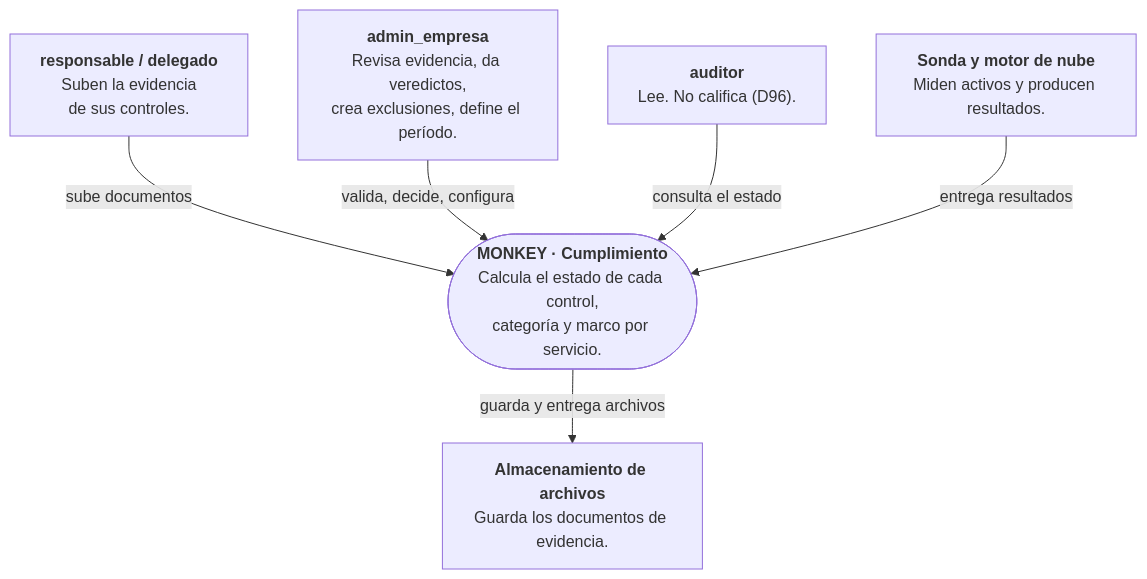
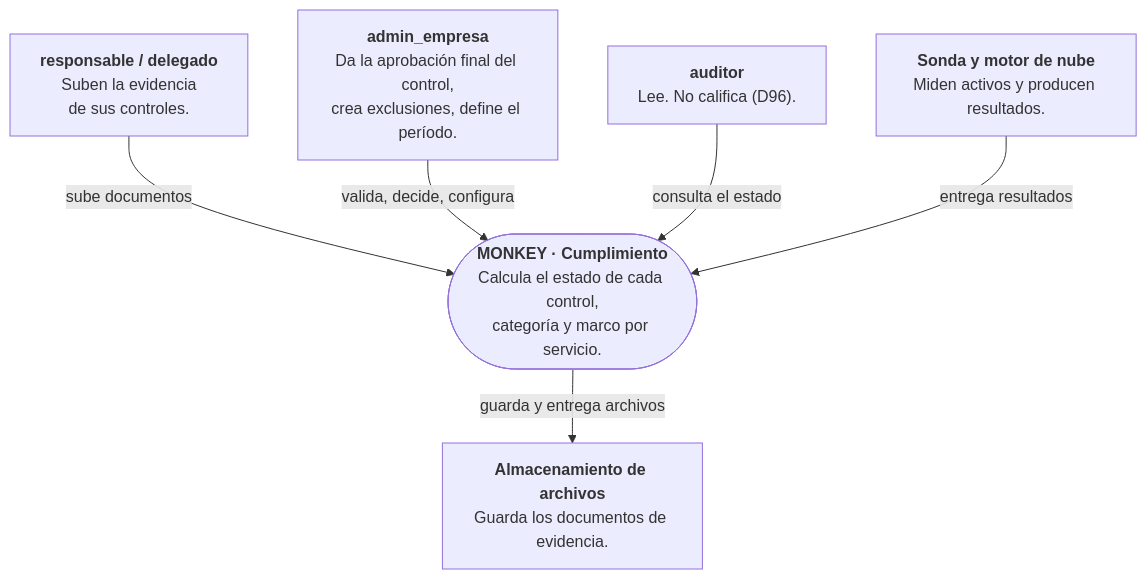
One commit to Monkey-GRC/Monkey-Brain-IA changed the first of 4 diagrams in skills/product/monkey-compliance-council/references/arquitectura/cumplimiento/01-c4.md. Above: the diagram before and after it, drawn with Mermaid. The commit also changed other lines of this file and 41 other files, not shown here.

````diff
--- a/skills/product/monkey-compliance-council/references/arquitectura/cumplimiento/01-c4.md
+++ b/skills/product/monkey-compliance-council/references/arquitectura/cumplimiento/01-c4.md
@@ -8,17 +8,17 @@
 ```mermaid
 flowchart TB
     funcional["<b>responsable / delegado</b><br/>Suben la evidencia<br/>de sus controles."]
-    adminEmpresa["<b>admin_empresa</b><br/>Revisa evidencia, da veredictos,<br/>crea exclusiones, define el período."]
+    adminEmpresa["<b>admin_empresa</b><br/>Da la aprobación final del control,<br/>crea exclusiones, define el período."]
     auditor["<b>auditor</b><br/>Lee. No califica (D96)."]
 
     monkey(["<b>MONKEY · Cumplimiento</b><br/>Calcula el estado de cada control,<br/>categoría y marco por servicio."])
 
     sonda["<b>Sonda y motor de nube</b><br/>Miden activos y producen resultados."]
     almacen["<b>Almacenamiento de archivos</b><br/>Guarda los documentos de evidencia."]
 
     funcional -- "sube documentos" --> monkey
     adminEmpresa -- "valida, decide, configura" --> monkey
     auditor -- "consulta el estado" --> monkey
     sonda -- "entrega resultados" --> monkey
     monkey -- "guarda y entrega archivos" --> almacen
 ```
````
